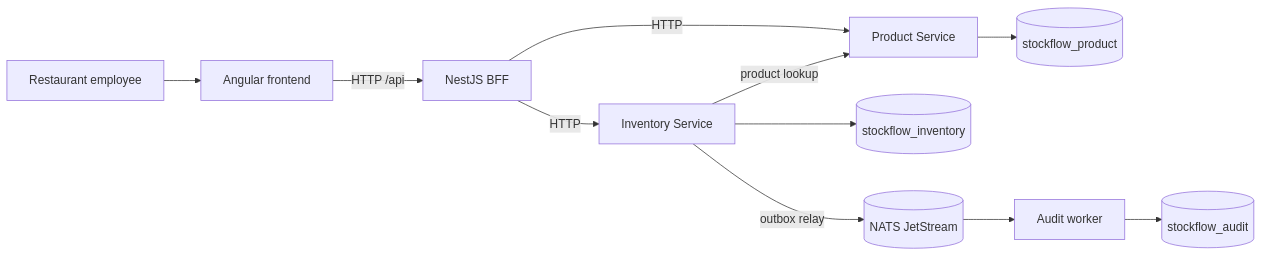
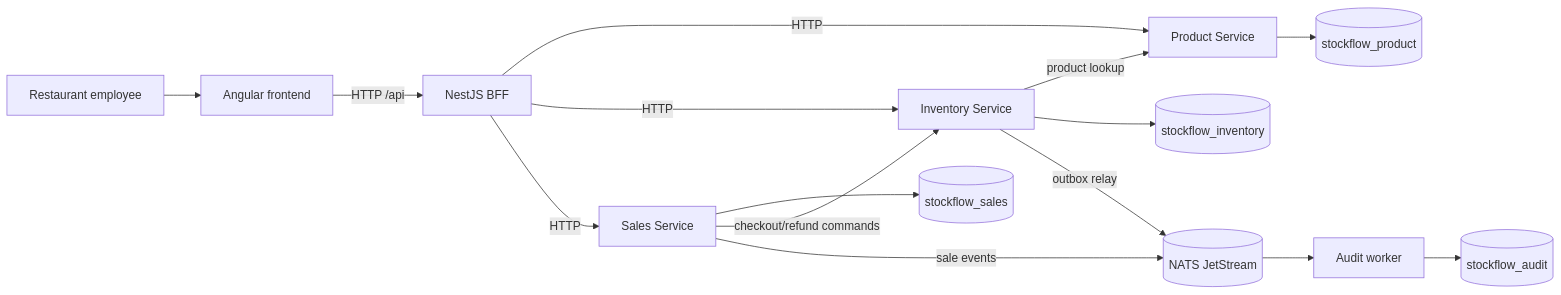
One commit to yassin-hakim/stockflow changed the diagram in README.md. Above: the diagram before and after it, drawn with Mermaid. The commit also changed other lines of this file and 212 other files, not shown here.

````diff
--- a/README.md
+++ b/README.md
@@ -21,13 +27,17 @@
 ```mermaid
 flowchart LR
   Employee[Restaurant employee] --> UI[Angular frontend]
   UI -->|HTTP /api| BFF[NestJS BFF]
   BFF -->|HTTP| Product[Product Service]
   BFF -->|HTTP| Inventory[Inventory Service]
+  BFF -->|HTTP| Sales[Sales Service]
   Inventory -->|product lookup| Product
   Product --> ProductDB[(stockflow_product)]
   Inventory --> InventoryDB[(stockflow_inventory)]
+  Sales --> SalesDB[(stockflow_sales)]
+  Sales -->|checkout/refund commands| Inventory
+  Sales -->|sale events| JS
   Inventory -->|outbox relay| JS[(NATS JetStream)]
   JS --> Audit[Audit worker]
   Audit --> AuditDB[(stockflow_audit)]
 ```
````
